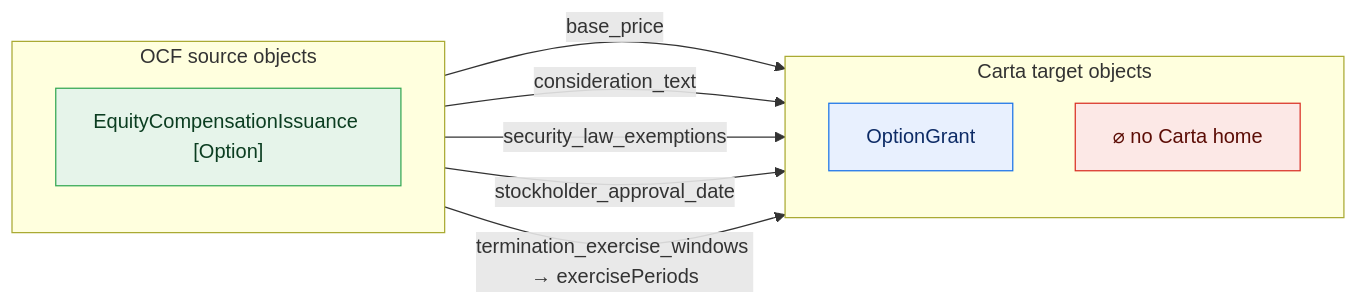
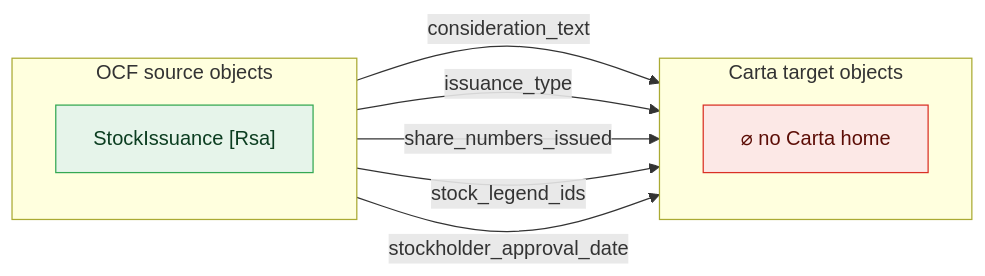
The eighth of 32 diagrams in core-rich/core-gaps.md (Open-Cap-Table-Coalition/OCF-Composed-Schemas), drawn with Mermaid before and after one commit. The commit also changed other lines of this file and 12 other files, not shown here.

First line of the commit message:
Core: map security_law_exemptions + reason_text (fix false drops)

````diff
--- a/core-rich/core-gaps.md
+++ b/core-rich/core-gaps.md
@@ -223,21 +196,20 @@
 ```mermaid
 flowchart LR
   classDef adm fill:#e6f4ea,stroke:#34a853,color:#0b3d20;
   classDef notadm fill:#f1f3f4,stroke:#9aa0a6,color:#5f6368,stroke-dasharray:4 3;
   classDef carta fill:#e8f0fe,stroke:#1a73e8,color:#0d2b66;
   classDef sink fill:#fce8e6,stroke:#d93025,color:#5c0d06;
   subgraph SRC["OCF source objects"]
     direction TB
-    o0["EquityCompensationIssuance [Option]"]:::adm
+    o0["StockIssuance [Rsa]"]:::adm
   end
   subgraph TGT["Carta target objects"]
     direction TB
-    t0["OptionGrant"]:::carta
     sink["⌀ no Carta home"]:::sink
   end
-  o0 -->|"base_price"| sink
   o0 -->|"consideration_text"| sink
-  o0 -->|"security_law_exemptions"| sink
+  o0 -->|"issuance_type"| sink
+  o0 -->|"share_numbers_issued"| sink
+  o0 -->|"stock_legend_ids"| sink
   o0 -->|"stockholder_approval_date"| sink
-  o0 -->|"termination_exercise_windows → exercisePeriods"| t0
 ```
````
